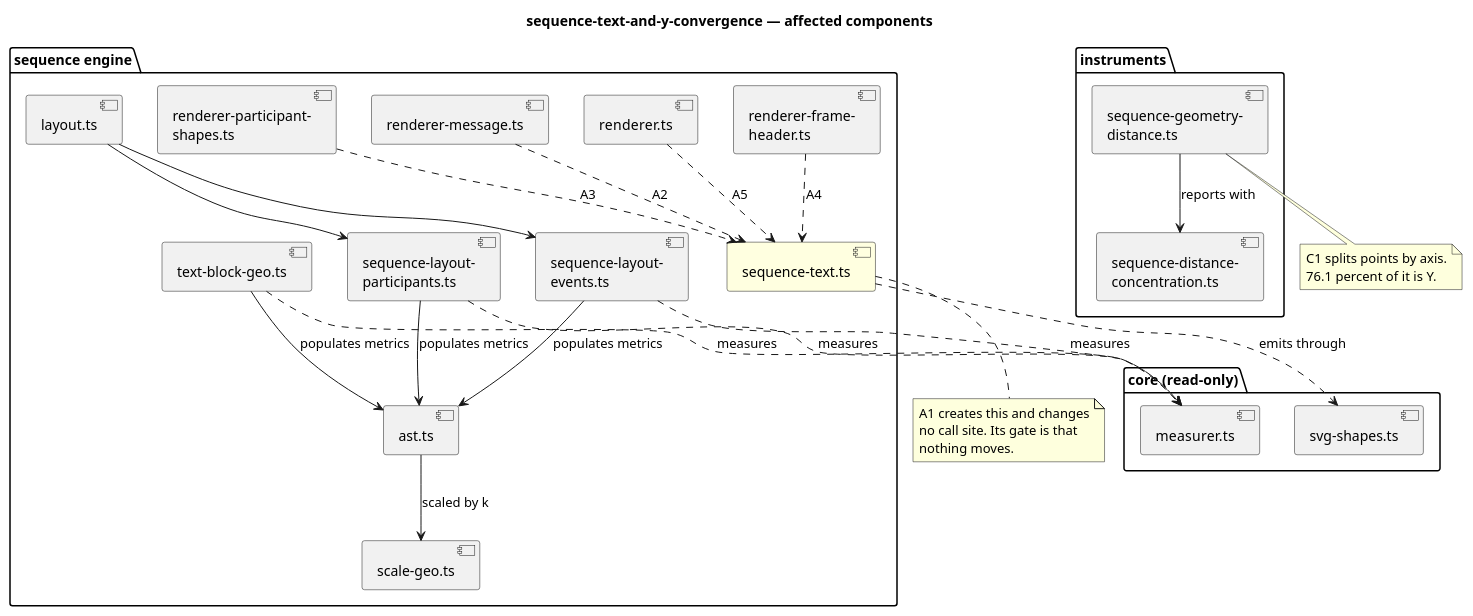
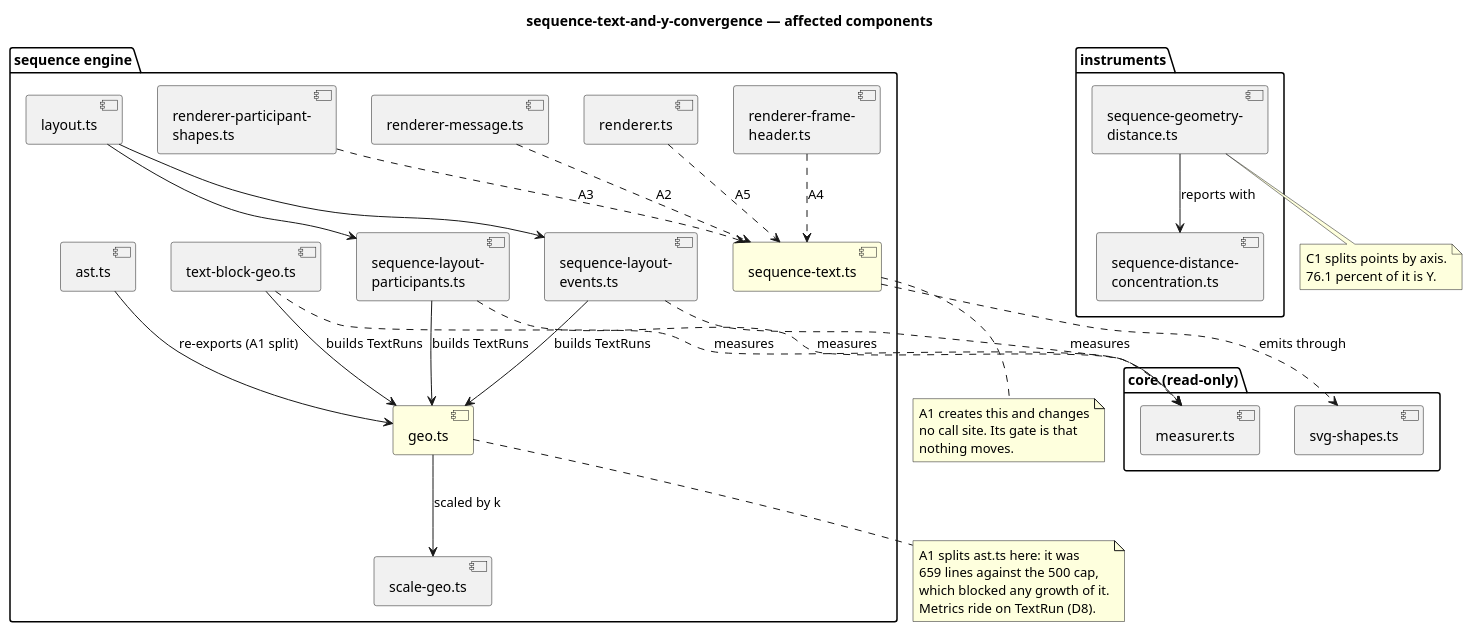
The diagram in plans/sequence-text-and-y-convergence/diagrams/component-map.md (knowvah/plantuml-ts), drawn with PlantUML before and after one commit. The commit also changed 12 other files, not shown here.

First line of the commit message:
docs(plan): rewrite batch 2 against the TextRun metric contract

````diff
--- a/plans/sequence-text-and-y-convergence/diagrams/component-map.md
+++ b/plans/sequence-text-and-y-convergence/diagrams/component-map.md
@@ -3,60 +3,69 @@
 ```plantuml
 @startuml
 title sequence-text-and-y-convergence — affected components
 
 package "core (read-only)" {
   [svg-shapes.ts] as SVG
   [measurer.ts] as MEAS
 }
 
 package "sequence engine" {
   [sequence-text.ts] as TEXT #LightYellow
   [ast.ts] as AST
+  [geo.ts] as GEO #LightYellow
   [scale-geo.ts] as SCALE
   [text-block-geo.ts] as TBG
   [sequence-layout-\nparticipants.ts] as LP
   [sequence-layout-\nevents.ts] as LE
   [layout.ts] as LAY
   [renderer-message.ts] as RM
   [renderer-participant-\nshapes.ts] as RP
   [renderer-frame-\nheader.ts] as RF
   [renderer.ts] as RR
 }
 
 package "instruments" {
   [sequence-geometry-\ndistance.ts] as DIST
   [sequence-distance-\nconcentration.ts] as CONC
 }
 
 TEXT ..> SVG : emits through
 LP ..> MEAS : measures
 TBG ..> MEAS : measures
 LE ..> MEAS : measures
 
-LP --> AST : populates metrics
-TBG --> AST : populates metrics
-LE --> AST : populates metrics
-AST --> SCALE : scaled by k
+AST --> GEO : re-exports (A1 split)
+LP --> GEO : builds TextRuns
+TBG --> GEO : builds TextRuns
+LE --> GEO : builds TextRuns
+GEO --> SCALE : scaled by k
 
 RM ..> TEXT : A2
 RP ..> TEXT : A3
 RF ..> TEXT : A4
 RR ..> TEXT : A5
 
 LAY --> LP
 LAY --> LE
 
 DIST --> CONC : reports with
 
 note bottom of TEXT
   A1 creates this and changes
   no call site. Its gate is that
   nothing moves.
 end note
 
+note bottom of GEO
+  A1 splits ast.ts here: it was
+  659 lines against the 500 cap,
+  which blocked any growth of it.
+  Metrics ride on TextRun (D8).
+end note
+
 note bottom of DIST
   C1 splits points by axis.
   76.1 percent of it is Y.
 end note
 @enduml
 ```
````
